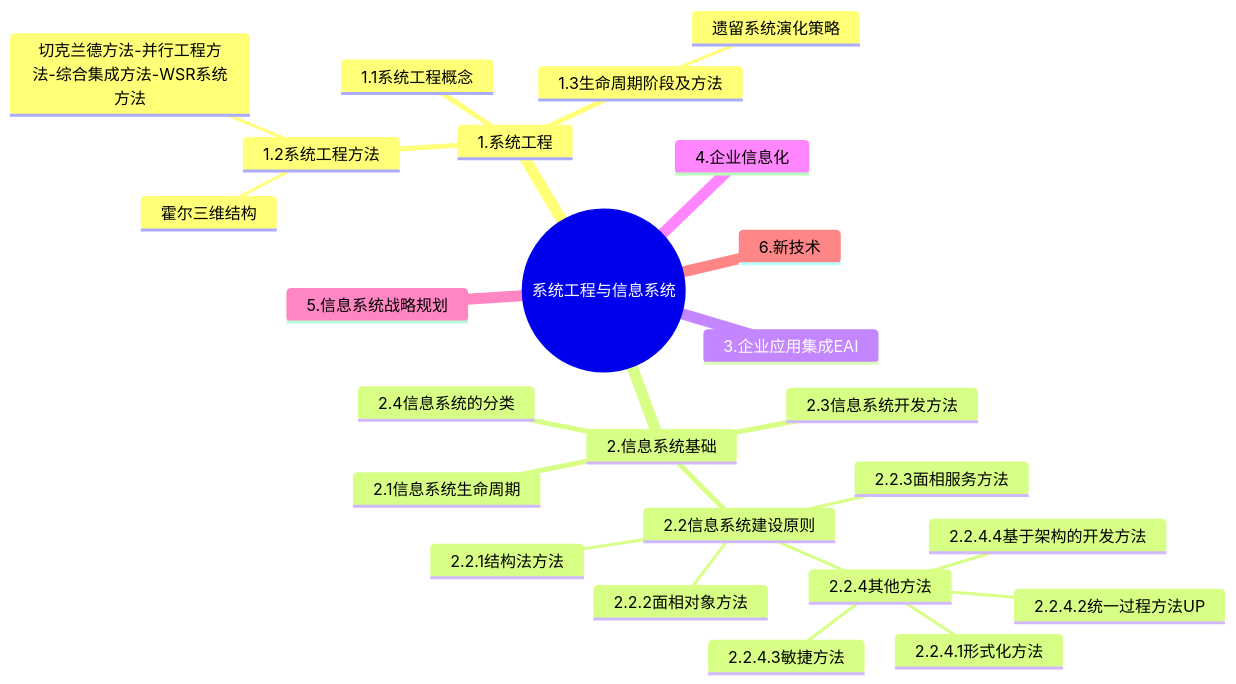
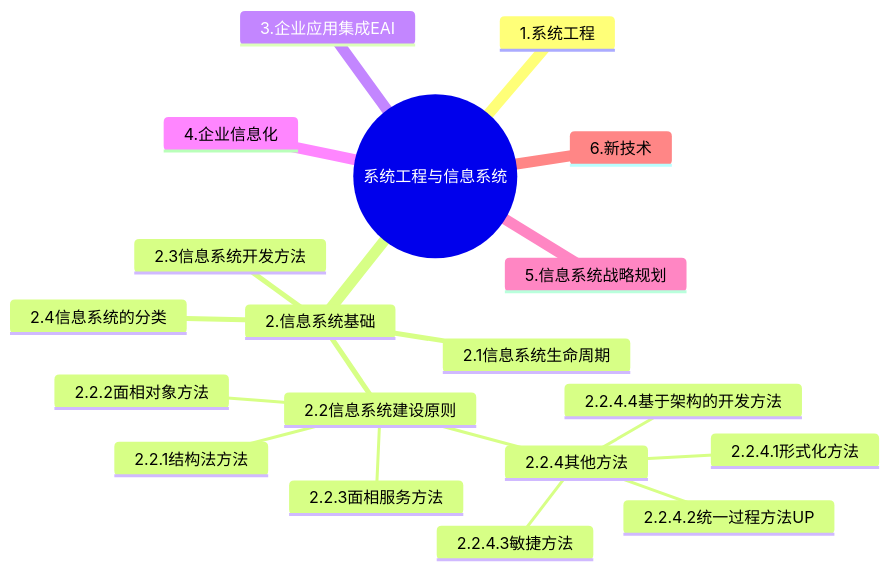
One commit to AaronYang0628/docs changed the diagram in content/RunKao/notes/Information_System.md. Above: the diagram before and after it, drawn with Mermaid. The commit also changed other lines of this file and 3 other files, not shown here.

````diff
--- a/content/RunKao/notes/Information_System.md
+++ b/content/RunKao/notes/Information_System.md
@@ -7,28 +7,22 @@
 ```mermaid
 mindmap
   root((系统工程与信息系统))
     1.系统工程
-      1.1系统工程概念
-      1.2系统工程方法
-        霍尔三维结构
-        切克兰德方法-并行工程方法-综合集成方法-WSR系统方法
-      1.3生命周期阶段及方法
-        遗留系统演化策略
     2.信息系统基础
       2.1信息系统生命周期
       2.2信息系统建设原则
         2.2.1结构法方法
         2.2.2面相对象方法
         2.2.3面相服务方法
         2.2.4其他方法
           2.2.4.1形式化方法
           2.2.4.2统一过程方法UP
           2.2.4.3敏捷方法
           2.2.4.4基于架构的开发方法
       2.3信息系统开发方法
       2.4信息系统的分类
     3.企业应用集成EAI
     4.企业信息化
     5.信息系统战略规划
     6.新技术
 ```
````
